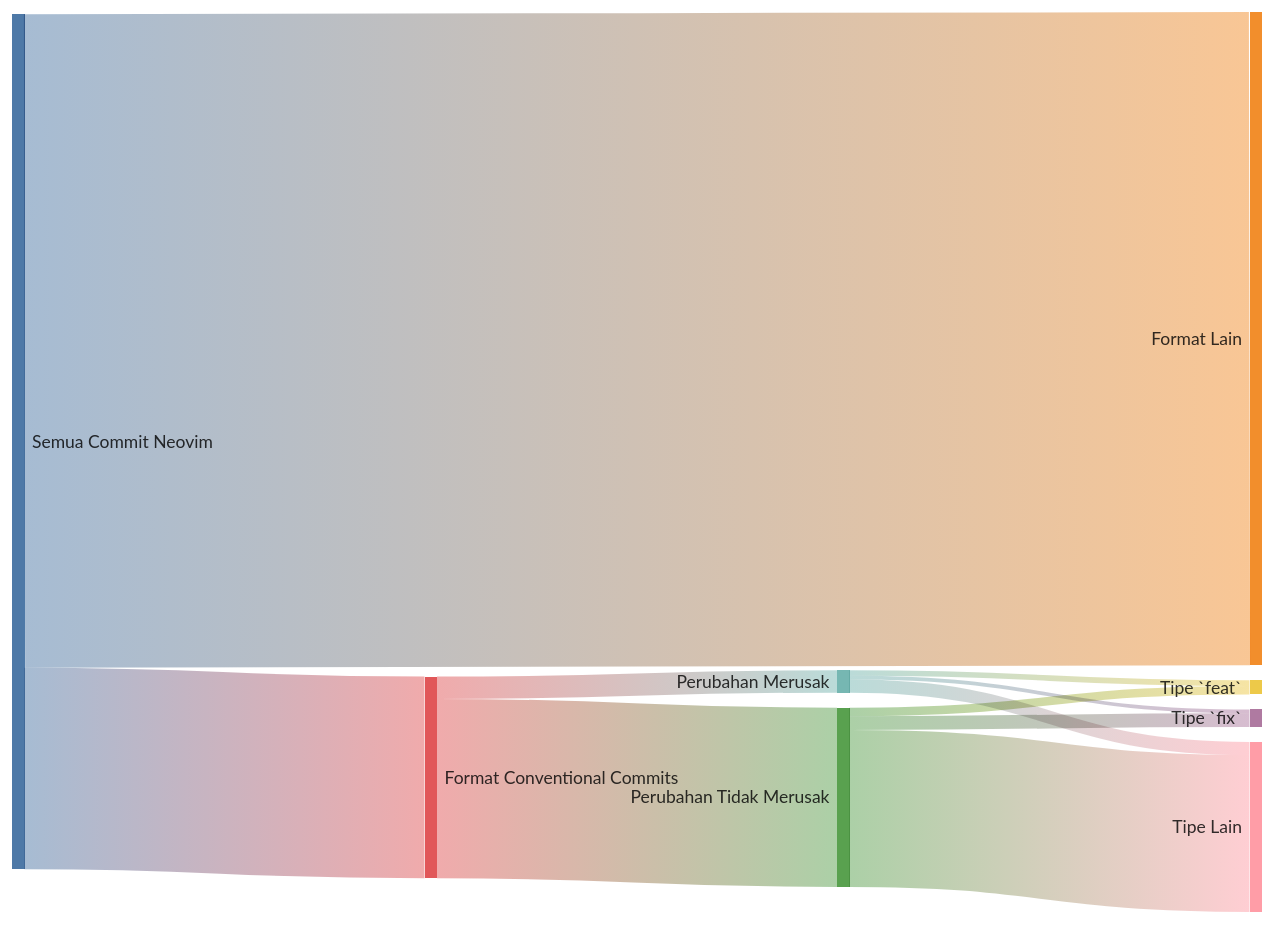
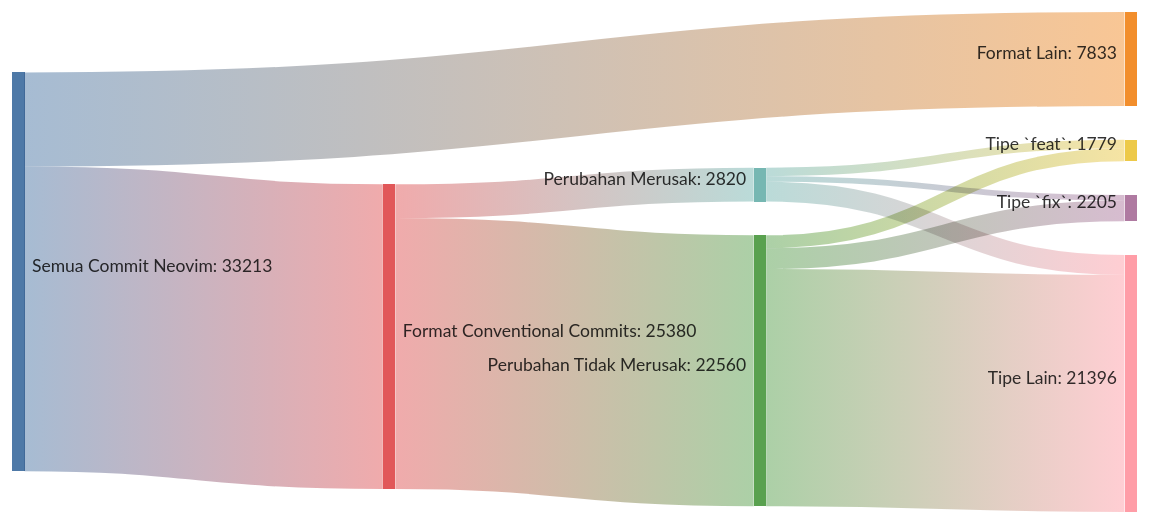
One commit to stnDinus/tali changed the diagram in dataset_sankey.mmd. Above: the diagram before and after it, drawn with Mermaid. The commit also changed other lines of this file and 1 other file, not shown here.

```diff
--- a/dataset_sankey.mmd
+++ b/dataset_sankey.mmd
@@ -1,22 +1,20 @@
 ---
 config:
-  sankey:
-    showValues: false
-    width: 1000
-    height: 720
+    sankey:
+        width: 900
 ---
 sankey-beta
 
-Semua Commit Neovim, Format Lain, 25380
-Semua Commit Neovim, Format Conventional Commits, 7833
+Semua Commit Neovim:, Format Lain:, 7833
+Semua Commit Neovim:, Format Conventional Commits:, 25380
 
-Format Conventional Commits, Perubahan Merusak, 870
-Format Conventional Commits, Perubahan Tidak Merusak, 6963
+Format Conventional Commits:, Perubahan Merusak:, 2820
+Format Conventional Commits:, Perubahan Tidak Merusak:, 22560
 
-Perubahan Merusak, Tipe `feat`, 217
-Perubahan Merusak, Tipe `fix`, 145
-Perubahan Merusak, Tipe Lain, 508
+Perubahan Merusak:, Tipe `feat`:, 705
+Perubahan Merusak:, Tipe `fix`:, 470
+Perubahan Merusak:, Tipe Lain:, 1645
 
-Perubahan Tidak Merusak, Tipe `feat`, 331
-Perubahan Tidak Merusak, Tipe `fix`, 535
-Perubahan Tidak Merusak, Tipe Lain, 6097
+Perubahan Tidak Merusak:, Tipe `feat`:, 1074
+Perubahan Tidak Merusak:, Tipe `fix`:, 1735
+Perubahan Tidak Merusak:, Tipe Lain:, 19751
```
